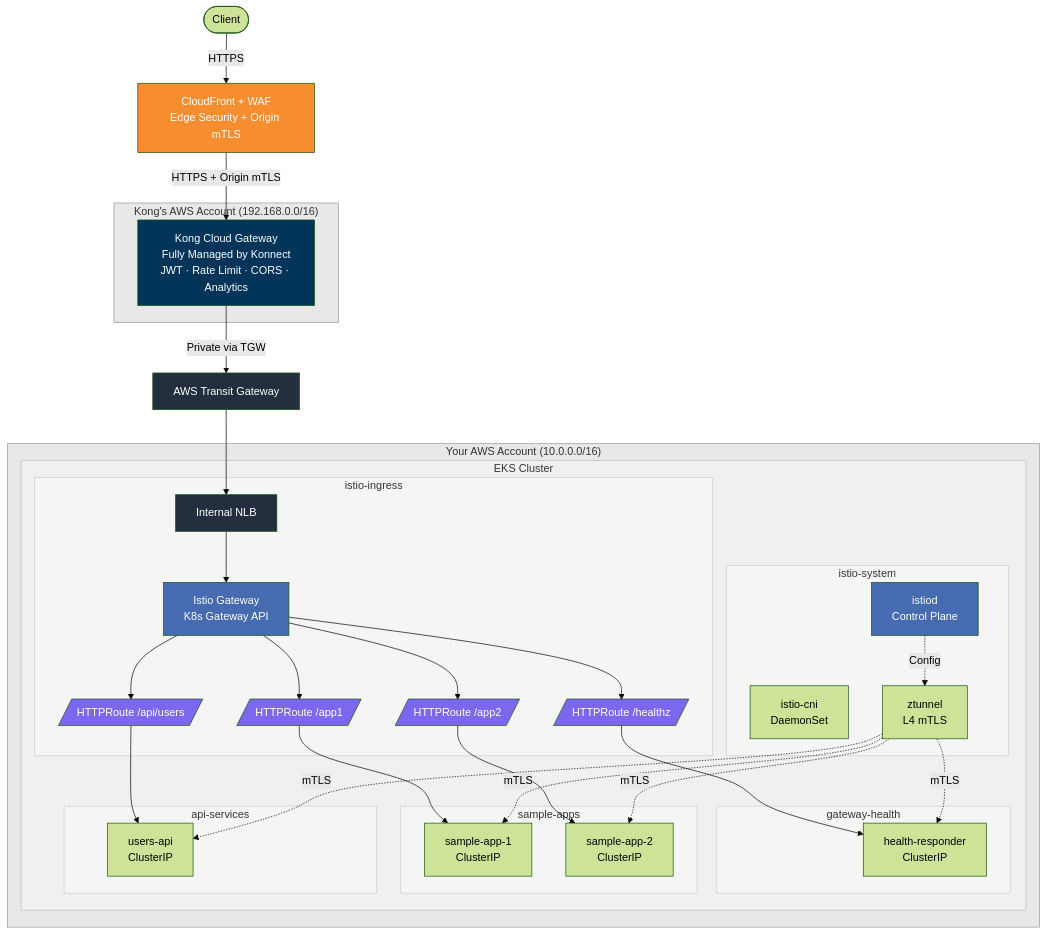
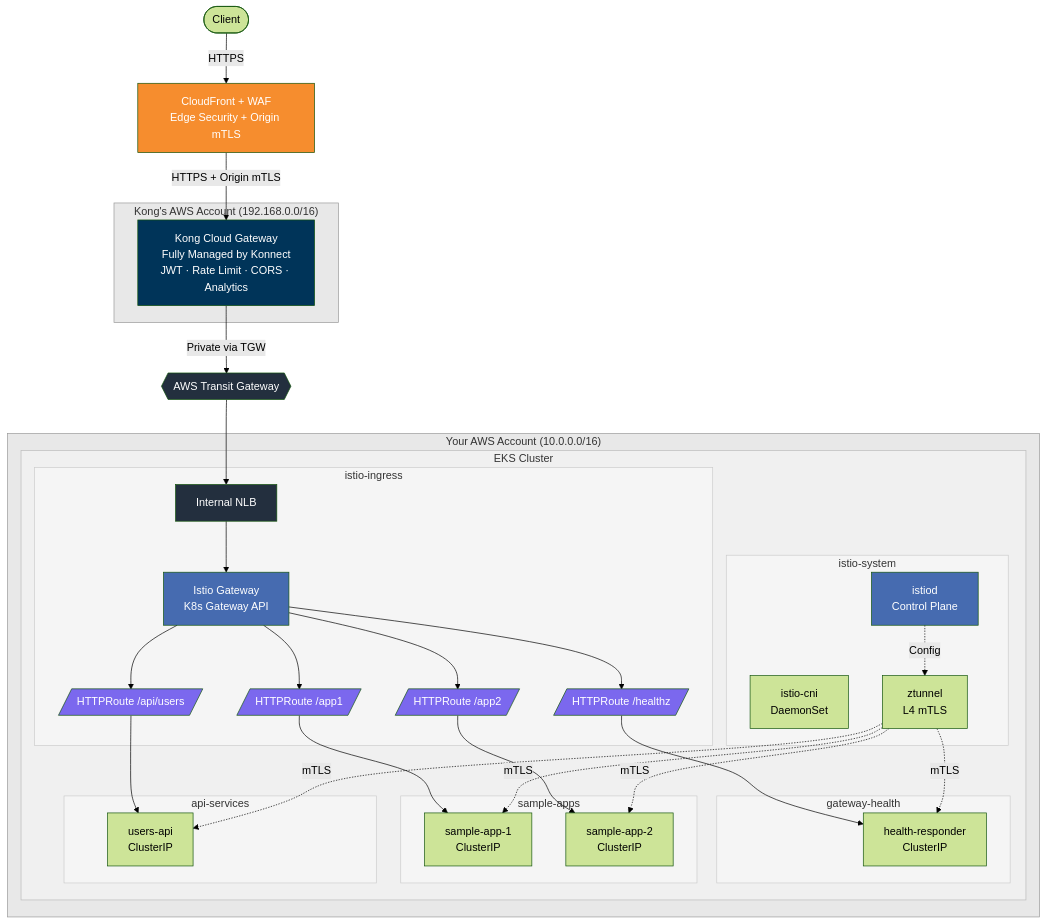
One commit to shanaka-versent/Kong-Konnect-Cloud-Gateway-on-EKS changed the first of 5 diagrams in README.md. Above: the diagram before and after it, drawn with Mermaid (forest theme).

Commit message:
Use hexagon shape for Transit Gateway in architecture diagram

````diff
--- a/README.md
+++ b/README.md
@@ -11,77 +11,77 @@
 ```mermaid
 graph TB
     Client([Client])
     CF[CloudFront + WAF<br/>Edge Security + Origin mTLS]
 
     subgraph kong_acct ["Kong's AWS Account (192.168.0.0/16)"]
         Kong[Kong Cloud Gateway<br/>Fully Managed by Konnect<br/>JWT · Rate Limit · CORS · Analytics]
     end
 
-    TGW[AWS Transit Gateway]
+    TGW{{AWS Transit Gateway}}
 
     subgraph your_acct ["Your AWS Account (10.0.0.0/16)"]
         subgraph eks_cluster [EKS Cluster]
             subgraph ns_istio_sys [istio-system]
                 Istiod[istiod<br/>Control Plane]
                 CNI[istio-cni<br/>DaemonSet]
                 ZT[ztunnel<br/>L4 mTLS]
             end
             subgraph ns_istio_ing [istio-ingress]
                 NLB[Internal NLB]
                 IGW[Istio Gateway<br/>K8s Gateway API]
                 HR1[/HTTPRoute /healthz/]
                 HR2[/HTTPRoute /app1/]
                 HR3[/HTTPRoute /app2/]
                 HR4[/HTTPRoute /api/users/]
             end
             subgraph ns_gw_health [gateway-health]
                 Health[health-responder<br/>ClusterIP]
             end
             subgraph ns_sample [sample-apps]
                 App1[sample-app-1<br/>ClusterIP]
                 App2[sample-app-2<br/>ClusterIP]
             end
             subgraph ns_api [api-services]
                 API[users-api<br/>ClusterIP]
             end
         end
     end
 
     Client -->|HTTPS| CF
     CF -->|HTTPS + Origin mTLS| Kong
     Kong -->|Private via TGW| TGW
     TGW --> NLB
     NLB --> IGW
     IGW --> HR1
     IGW --> HR2
     IGW --> HR3
     IGW --> HR4
     HR1 --> Health
     HR2 --> App1
     HR3 --> App2
     HR4 --> API
     Istiod -.->|Config| ZT
     ZT -.->|mTLS| App1
     ZT -.->|mTLS| App2
     ZT -.->|mTLS| API
     ZT -.->|mTLS| Health
 
     style Kong fill:#003459,color:#fff
     style IGW fill:#466BB0,color:#fff
     style Istiod fill:#466BB0,color:#fff
     style CF fill:#F68D2E,color:#fff
     style TGW fill:#232F3E,color:#fff
     style NLB fill:#232F3E,color:#fff
     style HR1 fill:#7B68EE,color:#fff
     style HR2 fill:#7B68EE,color:#fff
     style HR3 fill:#7B68EE,color:#fff
     style HR4 fill:#7B68EE,color:#fff
     style kong_acct fill:#E8E8E8,stroke:#999,color:#333
     style your_acct fill:#E8E8E8,stroke:#999,color:#333
     style eks_cluster fill:#F0F0F0,stroke:#BBB,color:#333
     style ns_istio_sys fill:#F5F5F5,stroke:#CCC,color:#333
     style ns_istio_ing fill:#F5F5F5,stroke:#CCC,color:#333
     style ns_gw_health fill:#F5F5F5,stroke:#CCC,color:#333
     style ns_sample fill:#F5F5F5,stroke:#CCC,color:#333
     style ns_api fill:#F5F5F5,stroke:#CCC,color:#333
 ```
````
